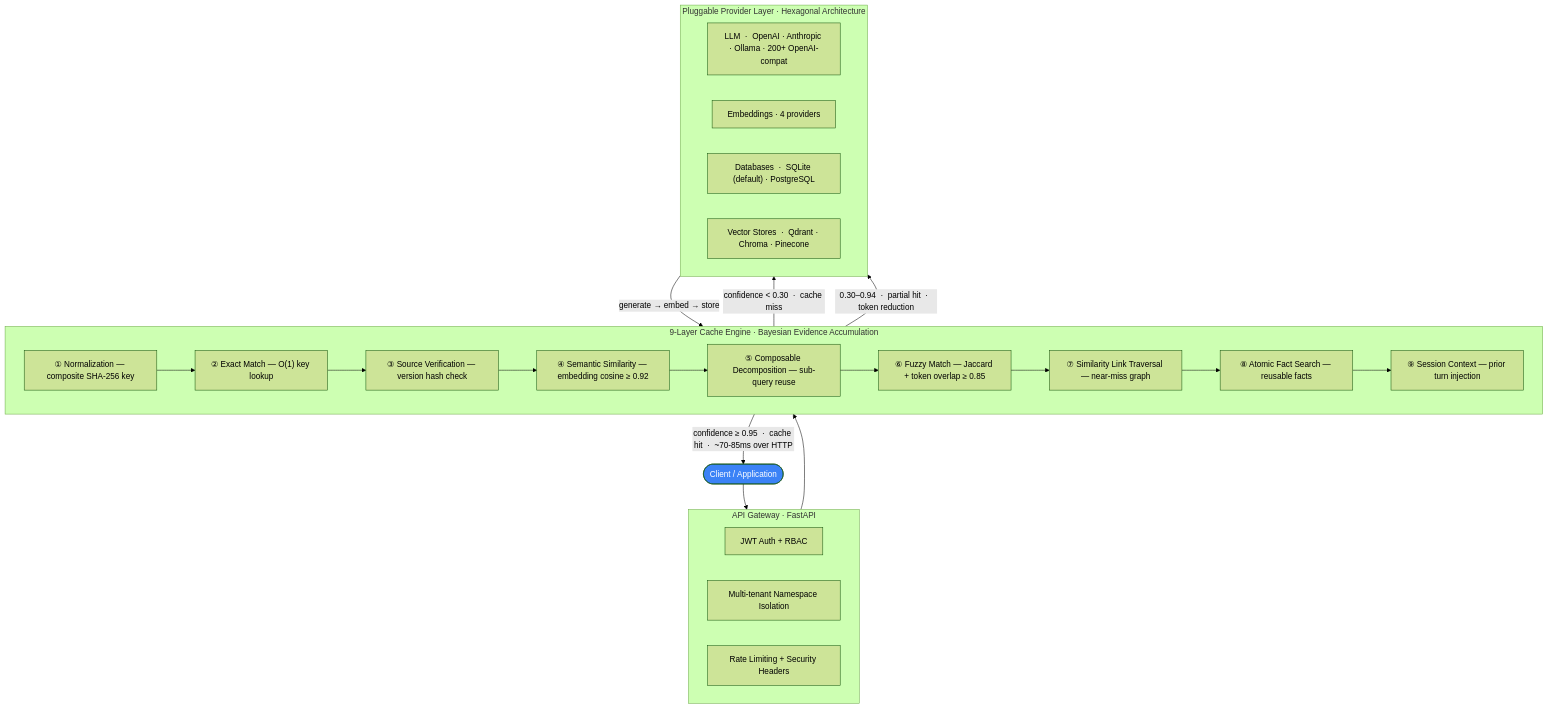
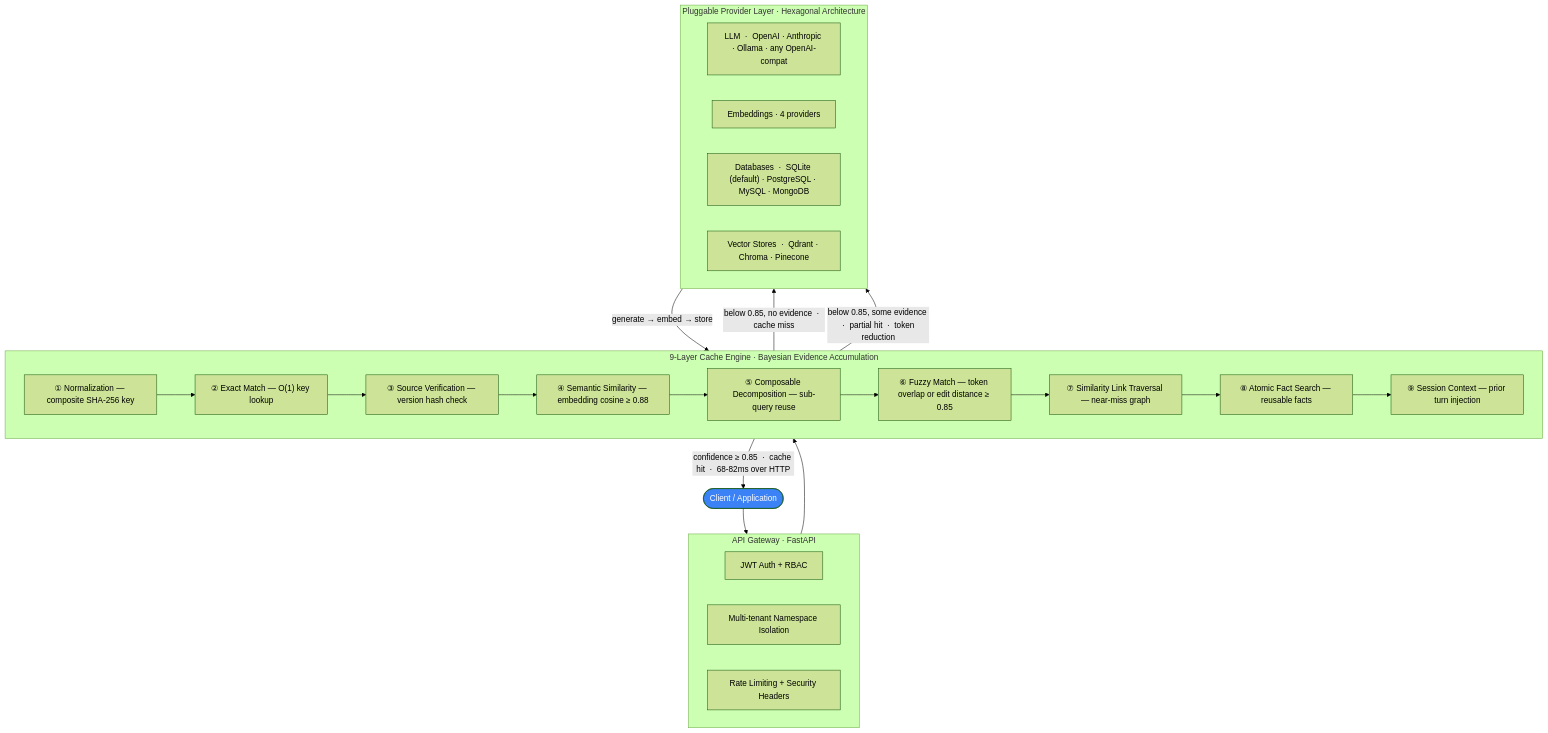
The diagram in README.md (DeepanjayNandal/bitmod), drawn with Mermaid (forest theme) before and after one commit. The commit also changed other lines of this file, not shown here.

````diff
--- a/README.md
+++ b/README.md
@@ -75,38 +75,38 @@
 ```mermaid
 flowchart TD
     A(["Client / Application"])
 
     subgraph gw ["API Gateway  ·  FastAPI"]
         G1["JWT Auth + RBAC"]
         G2["Multi-tenant Namespace Isolation"]
         G3["Rate Limiting + Security Headers"]
     end
 
     subgraph ce ["9-Layer Cache Engine  ·  Bayesian Evidence Accumulation"]
         C0["① Normalization — composite SHA-256 key"]
         C1["② Exact Match — O(1) key lookup"]
         C2["③ Source Verification — version hash check"]
-        C3["④ Semantic Similarity — embedding cosine ≥ 0.92"]
+        C3["④ Semantic Similarity — embedding cosine ≥ 0.88"]
         C4["⑤ Composable Decomposition — sub-query reuse"]
-        C5["⑥ Fuzzy Match — Jaccard + token overlap ≥ 0.85"]
+        C5["⑥ Fuzzy Match — token overlap or edit distance ≥ 0.85"]
         C6["⑦ Similarity Link Traversal — near-miss graph"]
         C7["⑧ Atomic Fact Search — reusable facts"]
         C8["⑨ Session Context — prior turn injection"]
         C0 --> C1 --> C2 --> C3 --> C4 --> C5 --> C6 --> C7 --> C8
     end
 
     subgraph p ["Pluggable Provider Layer  ·  Hexagonal Architecture"]
-        P1["LLM  ·  OpenAI · Anthropic · Ollama · 200+ OpenAI-compat"]
+        P1["LLM  ·  OpenAI · Anthropic · Ollama · any OpenAI-compat"]
         P2["Embeddings  ·  4 providers"]
-        P3["Databases  ·  SQLite (default) · PostgreSQL"]
+        P3["Databases  ·  SQLite (default) · PostgreSQL · MySQL · MongoDB"]
         P4["Vector Stores  ·  Qdrant · Chroma · Pinecone"]
     end
 
     A --> gw --> ce
-    ce -->|"confidence ≥ 0.95  ·  cache hit  ·  ~70-85ms over HTTP" | A
-    ce -->|"confidence < 0.30  ·  cache miss"| p
-    ce -->|"0.30–0.94  ·  partial hit  ·  token reduction"| p
+    ce -->|"confidence ≥ 0.85  ·  cache hit  ·  68-82ms over HTTP" | A
+    ce -->|"below 0.85, no evidence  ·  cache miss"| p
+    ce -->|"below 0.85, some evidence  ·  partial hit  ·  token reduction"| p
     p -->|"generate → embed → store"| ce
 
     style A fill:#3b82f6,color:#fff
 ```
````
